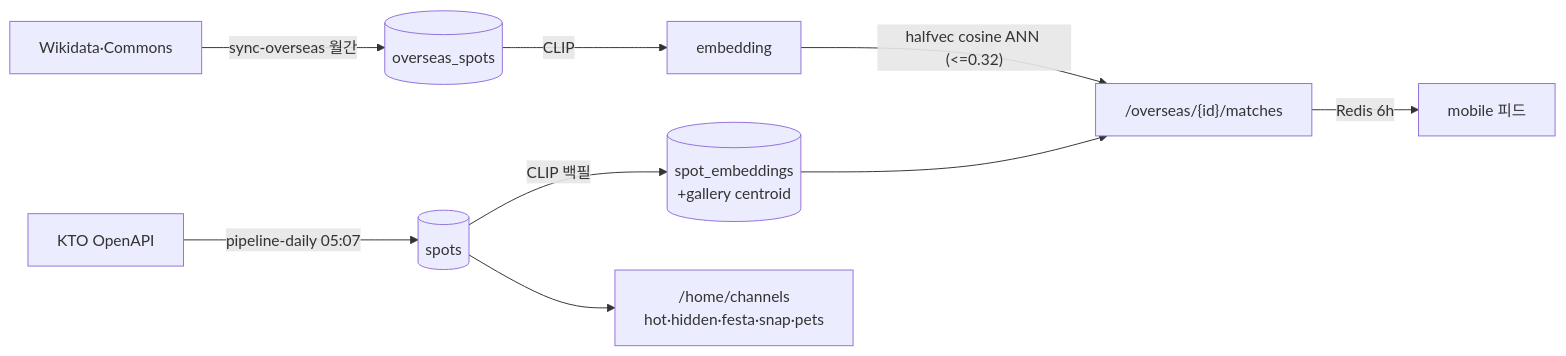
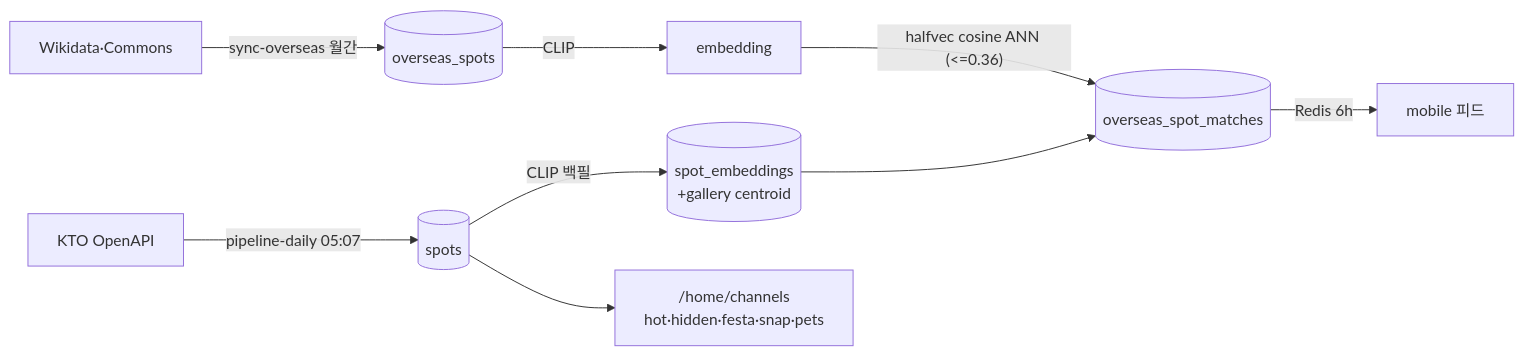
The first of 2 diagrams in docs/architecture.md (jeongeup-lab/PICTRIP), drawn with Mermaid before and after one commit. The commit also changed other lines of this file and 36 other files, not shown here.

````diff
--- a/docs/architecture.md
+++ b/docs/architecture.md
@@ -48,11 +48,11 @@
 ```mermaid
 flowchart LR
   kto[KTO OpenAPI] -->|pipeline-daily 05:07| spots[(spots)]
   wiki[Wikidata·Commons] -->|sync-overseas 월간| ovs[(overseas_spots)]
   spots -->|CLIP 백필| emb[(spot_embeddings\n+gallery centroid)]
   ovs -->|CLIP| oemb[embedding]
-  oemb -->|"halfvec cosine ANN (<=0.32)"| match["/overseas/{id}/matches"]
+  oemb -->|"halfvec cosine ANN (<=0.36)"| match[(overseas_spot_matches)]
   emb --> match
   match -->|Redis 6h| app[mobile 피드]
   spots --> ch["/home/channels\nhot·hidden·festa·snap·pets"]
 ```
````
